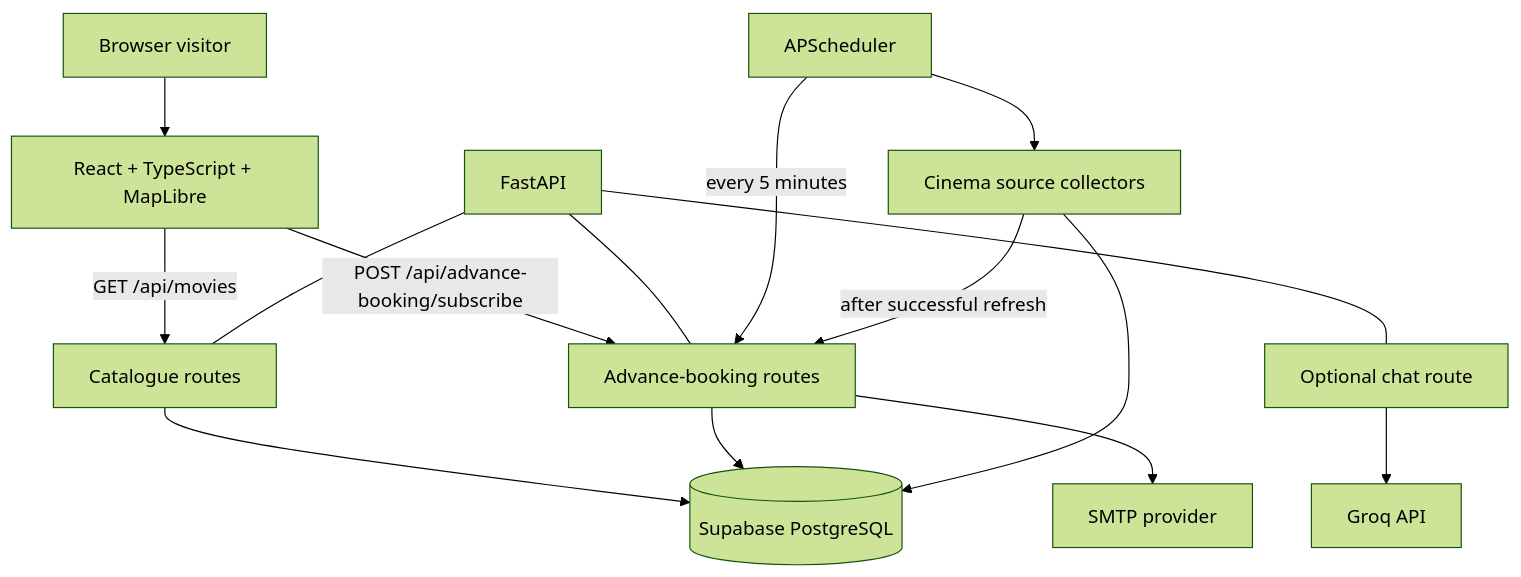
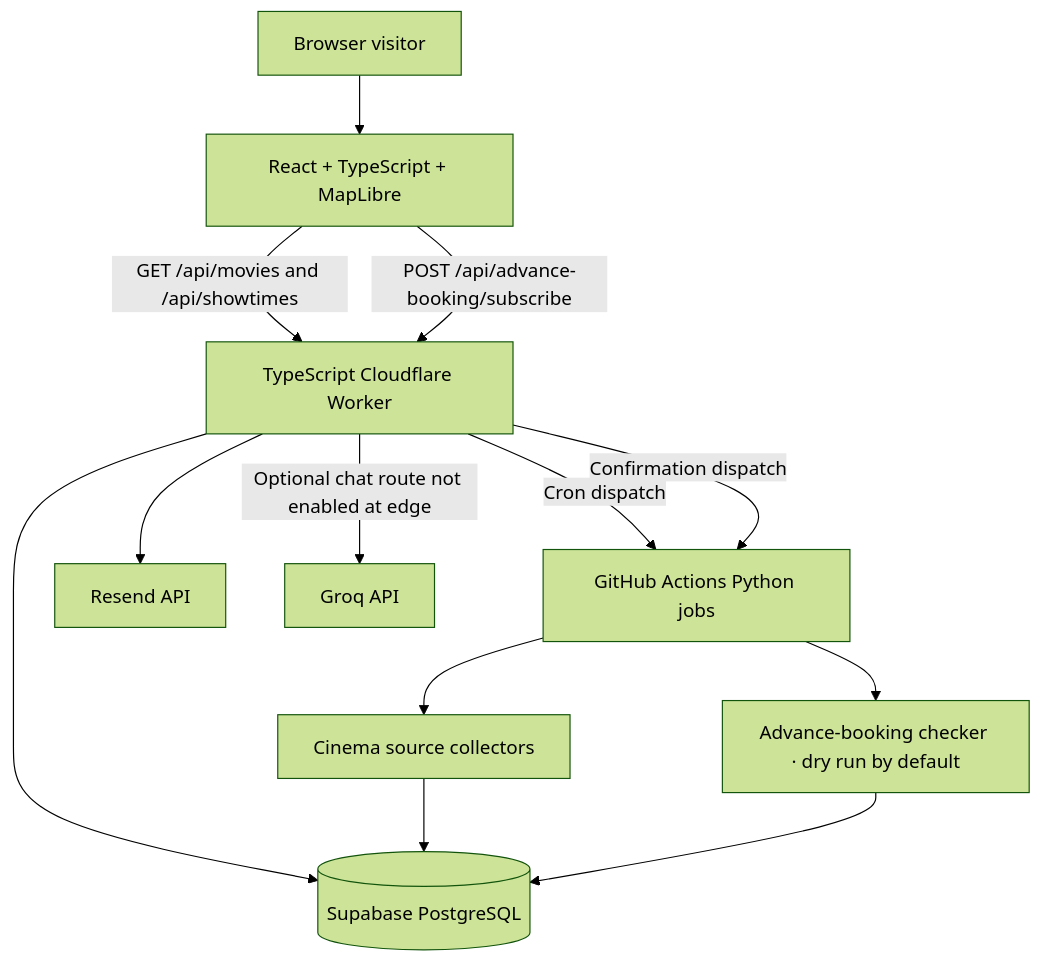
Before and after one commit to damnalee/filmup: the first of 2 diagrams in docs/ARCHITECTURE.md, drawn with Mermaid (forest theme). The commit also changed other lines of this file and 21 other files, not shown here.

Commit message:
feat: add Cloudflare API and Resend notifications

````diff
--- a/docs/ARCHITECTURE.md
+++ b/docs/ARCHITECTURE.md
@@ -5,29 +5,25 @@
 ```mermaid
 flowchart TB
   Visitor[Browser visitor]
   Web[React + TypeScript + MapLibre]
-  API[FastAPI]
-  Catalog[Catalogue routes]
-  Alerts[Advance-booking routes]
-  Chat[Optional chat route]
+  Edge[TypeScript Cloudflare Worker]
   DB[(Supabase PostgreSQL)]
-  Collectors[Cinema source collectors]
-  Scheduler[APScheduler]
-  Email[SMTP provider]
+  Jobs[GitHub Actions Python jobs]
+  Scraper[Cinema source collectors]
+  Checker[Advance-booking checker · dry run by default]
+  Resend[Resend API]
   Groq[Groq API]
 
   Visitor --> Web
-  Web -->|GET /api/movies| Catalog
-  Web -->|POST /api/advance-booking/subscribe| Alerts
-  Catalog --> DB
-  Alerts --> DB
-  Alerts --> Email
-  Chat --> Groq
-  API --- Catalog
-  API --- Alerts
-  API --- Chat
-  Scheduler --> Collectors
-  Scheduler -->|every 5 minutes| Alerts
-  Collectors --> DB
-  Collectors -->|after successful refresh| Alerts
+  Web -->|GET /api/movies and /api/showtimes| Edge
+  Web -->|POST /api/advance-booking/subscribe| Edge
+  Edge --> DB
+  Edge --> Resend
+  Edge -->|Cron dispatch| Jobs
+  Edge -->|Confirmation dispatch| Jobs
+  Jobs --> Scraper
+  Jobs --> Checker
+  Scraper --> DB
+  Checker --> DB
+  Edge -->|Optional chat route not enabled at edge| Groq
 ```
````
